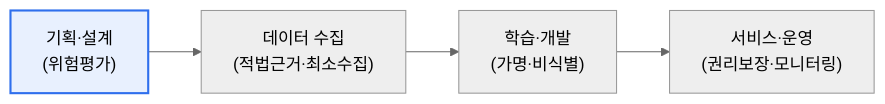
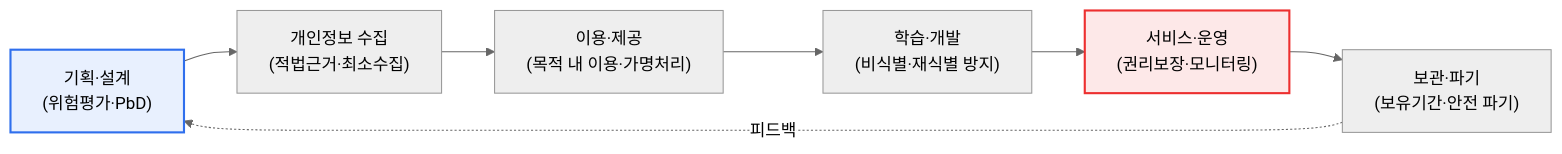
Before and after one commit to coninggu/wjdqhrhksflrltnftk: the second of 2 diagrams in content/ai-privacy-checklist.md, drawn with Mermaid (neutral theme). The commit also changed other lines of this file and 3 other files, not shown here.

````diff
--- a/content/ai-privacy-checklist.md
+++ b/content/ai-privacy-checklist.md
@@ -38,5 +55,11 @@
 ```mermaid
 flowchart LR
-  P["기획·설계<br/>(위험평가)"] --> D["데이터 수집<br/>(적법근거·최소수집)"] --> L["학습·개발<br/>(가명·비식별)"] --> O["서비스·운영<br/>(권리보장·모니터링)"]
+  P["기획·설계<br/>(위험평가·PbD)"] --> D["개인정보 수집<br/>(적법근거·최소수집)"]
+  D --> U["이용·제공<br/>(목적 내 이용·가명처리)"]
+  U --> L["학습·개발<br/>(비식별·재식별 방지)"]
+  L --> O["서비스·운영<br/>(권리보장·모니터링)"]
+  O --> M["보관·파기<br/>(보유기간·안전 파기)"]
+  M -.피드백.-> P
   style P fill:#e8f0fe,stroke:#2f6fed,stroke-width:2px
+  style O fill:#fde8e8,stroke:#ed2f2f,stroke-width:2px
 ```
````
